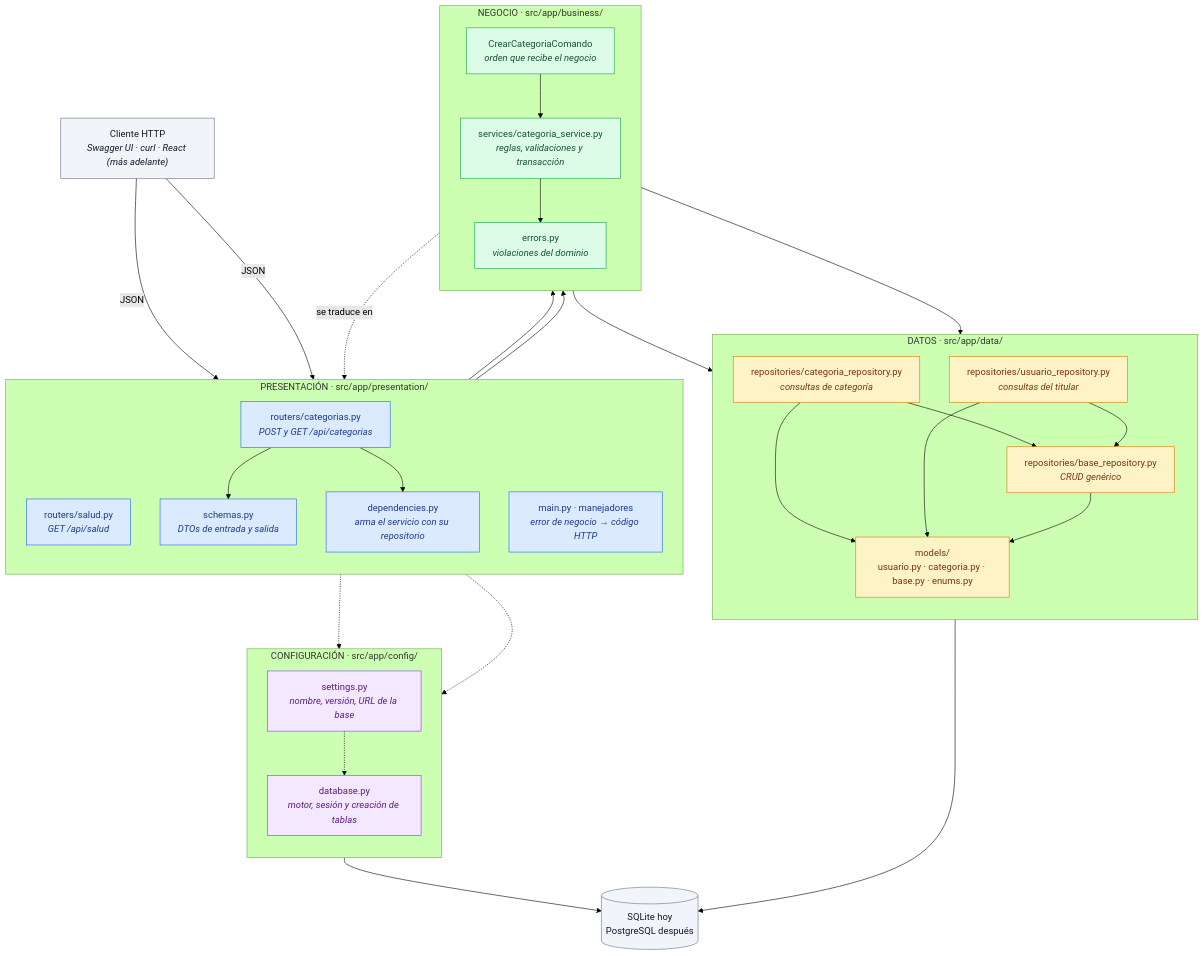
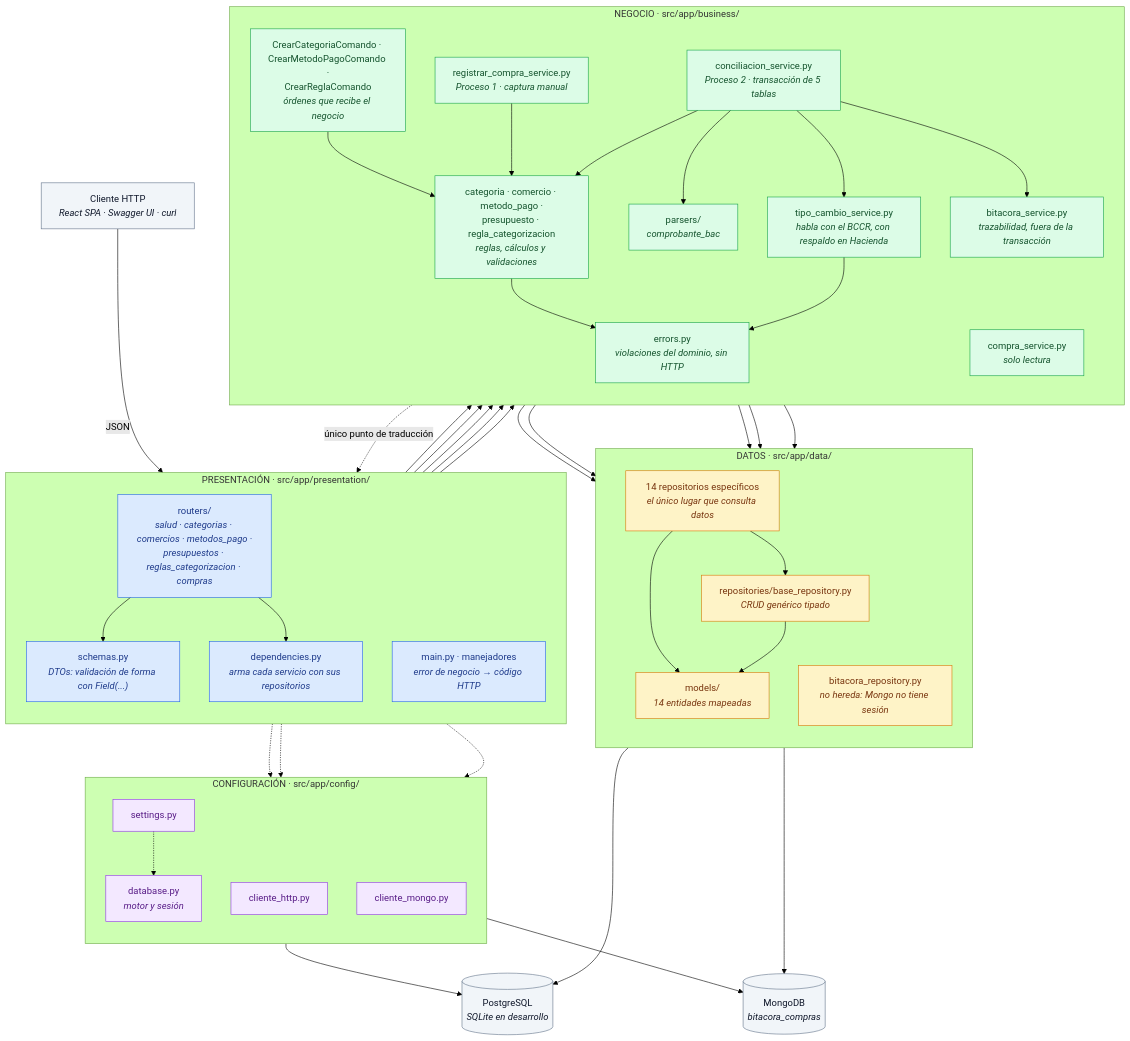
One commit to LewMontes/Proyecto-EIF509 changed the first of 5 diagrams in docs/arquitectura.md. Above: the diagram before and after it, drawn with Mermaid (forest theme). The commit also changed other lines of this file and 2 other files, not shown here.

First line of the commit message:
Arquitectura, modelo de datos y persistencia al dia del Laboratorio 4

````diff
--- a/docs/arquitectura.md
+++ b/docs/arquitectura.md
@@ -12,61 +16,81 @@
 ```mermaid
 flowchart TD
-    Cliente["Cliente HTTP<br/><i>Swagger UI · curl · React (más adelante)</i>"]
+    Cliente["Cliente HTTP<br/><i>React SPA · Swagger UI · curl</i>"]
 
     subgraph PRES["PRESENTACIÓN · src/app/presentation/"]
         direction TB
-        RSalud["routers/salud.py<br/><i>GET /api/salud</i>"]
-        RCat["routers/categorias.py<br/><i>POST y GET /api/categorias</i>"]
-        Schemas["schemas.py<br/><i>DTOs de entrada y salida</i>"]
-        Deps["dependencies.py<br/><i>arma el servicio con su repositorio</i>"]
+        Routers["routers/<br/><i>salud · categorias · comercios · metodos_pago ·<br/>presupuestos · reglas_categorizacion · compras</i>"]
+        Schemas["schemas.py<br/><i>DTOs: validación de forma con Field(...)</i>"]
+        Deps["dependencies.py<br/><i>arma cada servicio con sus repositorios</i>"]
         Errores["main.py · manejadores<br/><i>error de negocio → código HTTP</i>"]
     end
 
     subgraph NEG["NEGOCIO · src/app/business/"]
         direction TB
-        SCat["services/categoria_service.py<br/><i>reglas, validaciones y transacción</i>"]
-        Comando["CrearCategoriaComando<br/><i>orden que recibe el negocio</i>"]
-        ErrNeg["errors.py<br/><i>violaciones del dominio</i>"]
+        Concil["conciliacion_service.py<br/><i>Proceso 2 · transacción de 5 tablas</i>"]
+        Registro["registrar_compra_service.py<br/><i>Proceso 1 · captura manual</i>"]
+        Reglas["categoria · comercio · metodo_pago ·<br/>presupuesto · regla_categorizacion<br/><i>reglas, cálculos y validaciones</i>"]
+        Lectura["compra_service.py<br/><i>solo lectura</i>"]
+        Externos["tipo_cambio_service.py<br/><i>habla con el BCCR, con respaldo en Hacienda</i>"]
+        Comandos["CrearCategoriaComando · CrearMetodoPagoComando ·<br/>CrearReglaComando<br/><i>órdenes que recibe el negocio</i>"]
+        Parsers["parsers/<br/><i>comprobante_bac</i>"]
+        ErrNeg["errors.py<br/><i>violaciones del dominio, sin HTTP</i>"]
+        Bitacora["bitacora_service.py<br/><i>trazabilidad, fuera de la transacción</i>"]
     end
 
     subgraph DATOS["DATOS · src/app/data/"]
         direction TB
-        RepoBase["repositories/base_repository.py<br/><i>CRUD genérico</i>"]
-        RepoCat["repositories/categoria_repository.py<br/><i>consultas de categoría</i>"]
-        RepoUsr["repositories/usuario_repository.py<br/><i>consultas del titular</i>"]
-        Modelos["models/<br/>usuario.py · categoria.py · base.py · enums.py"]
+        RepoBase["repositories/base_repository.py<br/><i>CRUD genérico tipado</i>"]
+        Repos["14 repositorios específicos<br/><i>el único lugar que consulta datos</i>"]
+        RepoMongo["bitacora_repository.py<br/><i>no hereda: Mongo no tiene sesión</i>"]
+        Modelos["models/<br/><i>14 entidades mapeadas</i>"]
     end
 
     subgraph CONF["CONFIGURACIÓN · src/app/config/"]
         direction TB
-        Settings["settings.py<br/><i>nombre, versión, URL de la base</i>"]
-        DB["database.py<br/><i>motor, sesión y creación de tablas</i>"]
+        Settings["settings.py"]
+        DB["database.py<br/><i>motor y sesión</i>"]
+        HTTP["cliente_http.py"]
+        Mongo["cliente_mongo.py"]
     end
 
-    BD[("SQLite hoy<br/>PostgreSQL después")]
+    PG[("PostgreSQL<br/><i>SQLite en desarrollo</i>")]
+    MG[("MongoDB<br/><i>bitacora_compras</i>")]
 
-    Cliente -->|JSON| RSalud
-    Cliente -->|JSON| RCat
-    RCat --> Schemas
-    RCat --> Deps
-    Deps --> SCat
-    RCat --> Comando
-    Comando --> SCat
-    SCat --> ErrNeg
-    ErrNeg -.->|se traduce en| Errores
-    SCat --> RepoCat
-    SCat --> RepoUsr
-    RepoCat --> RepoBase
-    RepoUsr --> RepoBase
-    RepoCat --> Modelos
-    RepoUsr --> Modelos
+    Cliente -->|JSON| Routers
+    Routers --> Schemas
+    Routers --> Deps
+    Routers --> Comandos
+    Deps --> Concil
+    Deps --> Reglas
+    Deps --> Lectura
+    Comandos --> Reglas
+    Deps --> Registro
+    Registro --> Reglas
+    Registro --> Repos
+    Concil --> Reglas
+    Concil --> Parsers
+    Concil --> Externos
+    Concil --> Bitacora
+    Reglas --> ErrNeg
+    Externos --> ErrNeg
+    ErrNeg -.->|único punto de traducción| Errores
+    Concil --> Repos
+    Reglas --> Repos
+    Lectura --> Repos
+    Bitacora --> RepoMongo
+    Repos --> RepoBase
+    Repos --> Modelos
     RepoBase --> Modelos
-    Modelos --> BD
+    Modelos --> PG
+    RepoMongo --> MG
 
-    RSalud -.-> Settings
+    Deps -.-> DB
+    Deps -.-> HTTP
+    Deps -.-> Mongo
     Settings -.-> DB
-    Deps -.-> DB
-    DB --> BD
+    DB --> PG
+    Mongo --> MG
 
     classDef pres fill:#DBEAFE,stroke:#2563EB,color:#1E3A8A
     classDef neg fill:#DCFCE7,stroke:#16A34A,color:#14532D
@@ -74,9 +98,9 @@
     classDef conf fill:#F3E8FF,stroke:#9333EA,color:#581C87
     classDef ext fill:#F1F5F9,stroke:#64748B,color:#0F172A
 
-    class RSalud,RCat,Schemas,Deps,Errores pres
-    class SCat,Comando,ErrNeg neg
-    class RepoBase,RepoCat,RepoUsr,Modelos dat
-    class Settings,DB conf
-    class Cliente,BD ext
+    class Routers,Schemas,Deps,Errores pres
+    class Concil,Registro,Reglas,Lectura,Externos,Comandos,Parsers,ErrNeg,Bitacora neg
+    class RepoBase,Repos,RepoMongo,Modelos dat
+    class Settings,DB,HTTP,Mongo conf
+    class Cliente,PG,MG ext
 ```
````
